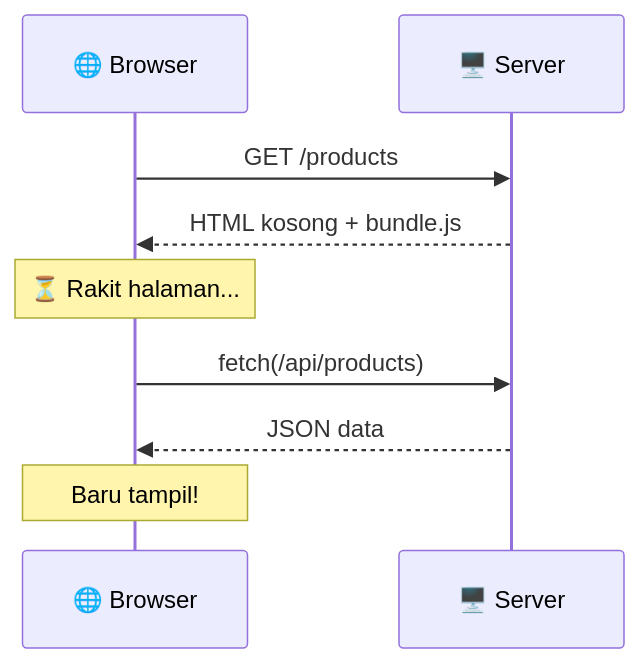
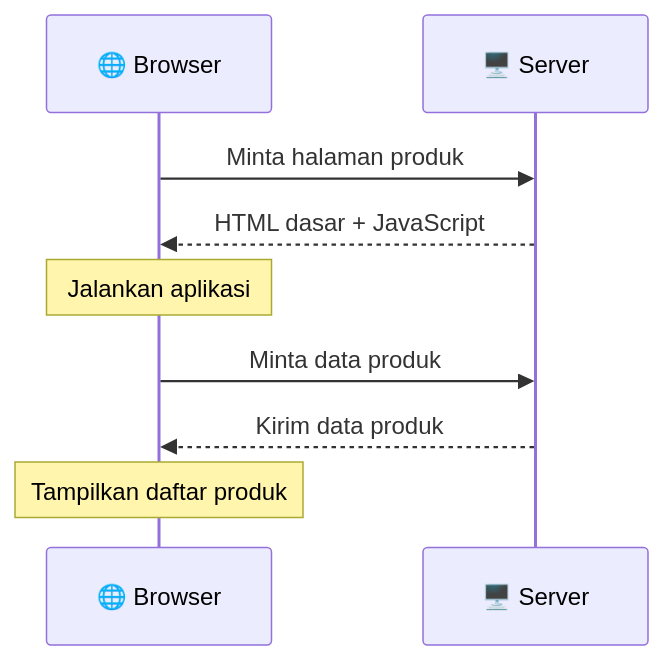
Before and after one commit to hurifajri/a-z-nextjs: the first of 3 diagrams in pages/modul-01.md, drawn with Mermaid. The commit also changed other lines of this file, not shown here.

````diff
--- a/pages/modul-01.md
+++ b/pages/modul-01.md
@@ -117,11 +126,11 @@
 ```mermaid {scale: 0.75}
 sequenceDiagram
     participant B as 🌐 Browser
     participant S as 🖥️ Server
-    B->>S: GET /products
-    S-->>B: HTML kosong + bundle.js
-    Note over B: ⏳ Rakit halaman...
-    B->>S: fetch(/api/products)
-    S-->>B: JSON data
-    Note over B: Baru tampil!
+    B->>S: Minta halaman produk
+    S-->>B: HTML dasar + JavaScript
+    Note over B: Jalankan aplikasi
+    B->>S: Minta data produk
+    S-->>B: Kirim data produk
+    Note over B: Tampilkan daftar produk
 ```
````
